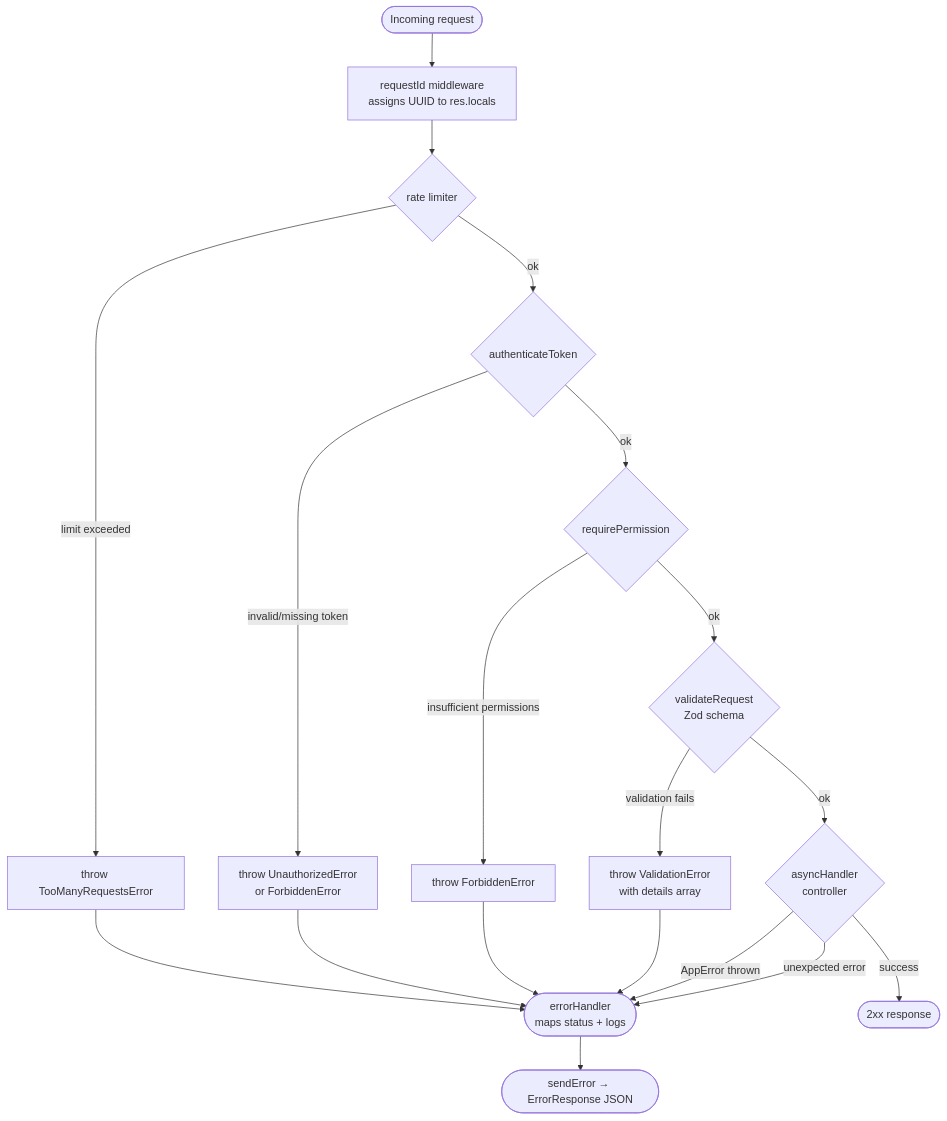
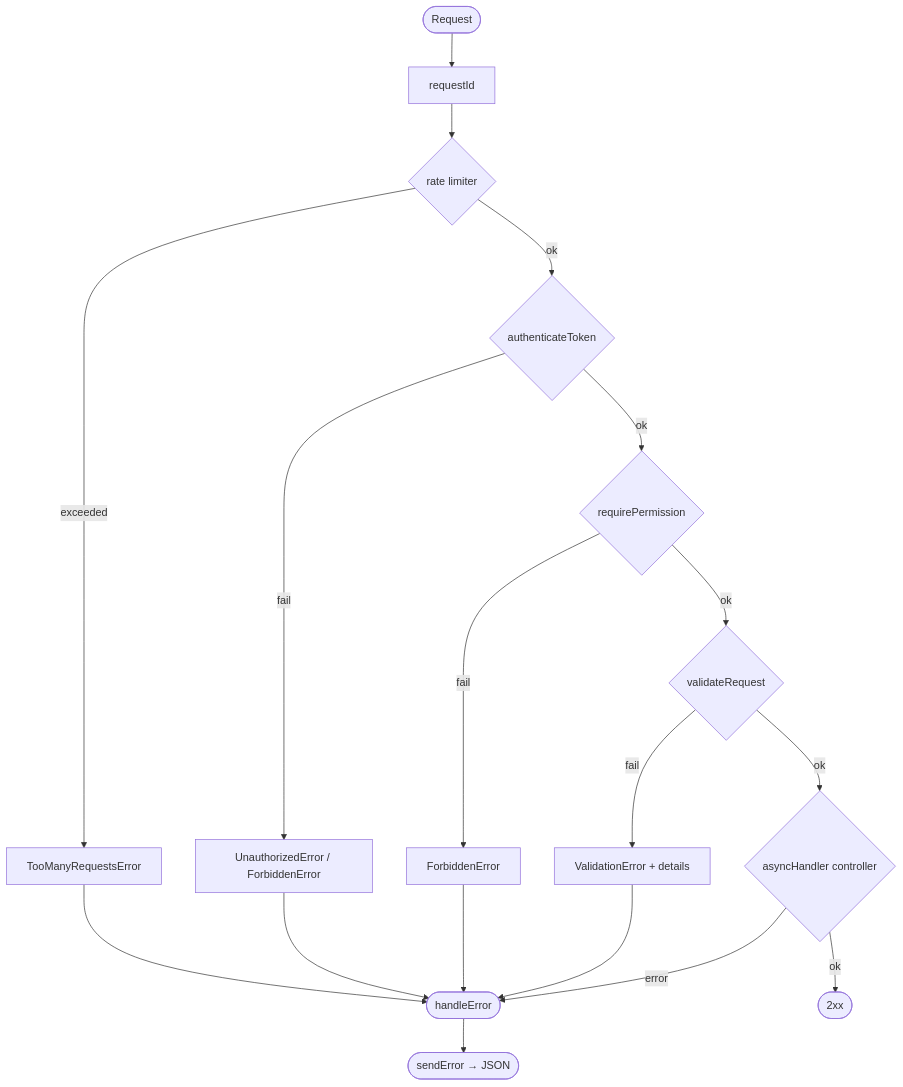
The second of 2 diagrams in backend/docs/errors.md (shin0bi21/program-management-app), drawn with Mermaid before and after one commit. The commit also changed other lines of this file and 19 other files, not shown here.

First line of the commit message:
feat: staff invite flow, permission fix, error handling cleanup

````diff
--- a/backend/docs/errors.md
+++ b/backend/docs/errors.md
@@ -177,22 +138,20 @@
 ```mermaid
 flowchart TD
-    REQ([Incoming request]) --> RID[requestId middleware\nassigns UUID to res.locals]
+    REQ([Request]) --> RID[requestId]
     RID --> RL{rate limiter}
-    RL -->|limit exceeded| T429[throw TooManyRequestsError]
+    RL -->|exceeded| T429[TooManyRequestsError]
     RL -->|ok| AT{authenticateToken}
-    AT -->|invalid/missing token| T401[throw UnauthorizedError\nor ForbiddenError]
+    AT -->|fail| T401[UnauthorizedError / ForbiddenError]
     AT -->|ok| RP{requirePermission}
-    RP -->|insufficient permissions| T403[throw ForbiddenError]
-    RP -->|ok| VR{validateRequest\nZod schema}
-    VR -->|validation fails| T400[throw ValidationError\nwith details array]
-    VR -->|ok| CTL{asyncHandler\ncontroller}
-    CTL -->|AppError thrown| EH
-    CTL -->|unexpected error| EH
-    CTL -->|success| RES200([2xx response])
+    RP -->|fail| T403[ForbiddenError]
+    RP -->|ok| VR{validateRequest}
+    VR -->|fail| T400[ValidationError + details]
+    VR -->|ok| CTL{asyncHandler controller}
+    CTL -->|error| EH
+    CTL -->|ok| RES200([2xx])
     T429 --> EH
     T401 --> EH
     T403 --> EH
     T400 --> EH
-    EH([errorHandler\nmaps status + logs])
-    EH --> RESERR([sendError → ErrorResponse JSON])
+    EH([handleError]) --> RESERR([sendError → JSON])
 ```
````
